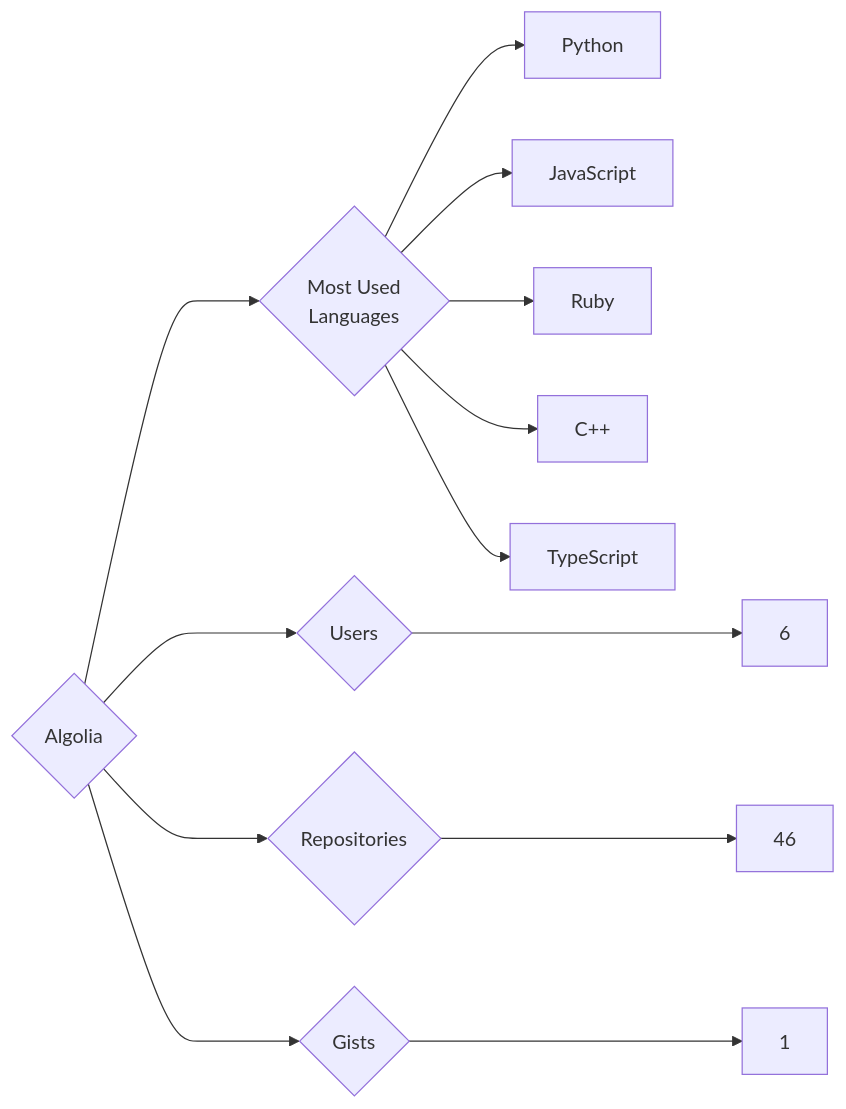
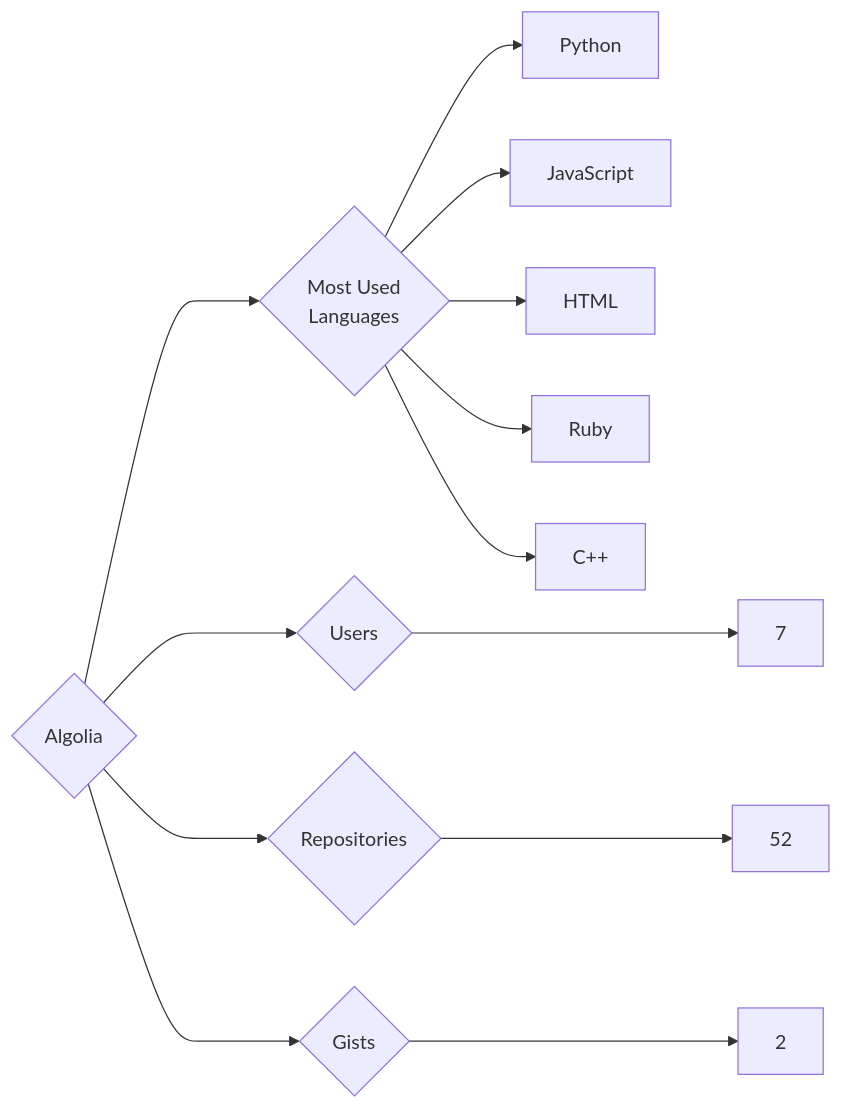
One commit to trickest/insiders changed the diagram in targets/Algolia/README.md. Above: the diagram before and after it, drawn with Mermaid. The commit also changed 942 other files, not shown here.

````diff
--- a/targets/Algolia/README.md
+++ b/targets/Algolia/README.md
@@ -3,13 +3,13 @@
 ```mermaid
 graph LR
 COMPANY_NAME{Algolia}
-COMPANY_NAME ---> U{Users} ---> UN[6]
-COMPANY_NAME ---> R{Repositories} ---> RN[46]
-COMPANY_NAME ---> G{Gists} ---> GN[1]
+COMPANY_NAME ---> U{Users} ---> UN[7]
+COMPANY_NAME ---> R{Repositories} ---> RN[52]
+COMPANY_NAME ---> G{Gists} ---> GN[2]
 COMPANY_NAME ---> ML{Most Used<br>Languages}
 ML --> Python[Python]
 ML --> JavaScript[JavaScript]
+ML --> HTML[HTML]
 ML --> Ruby[Ruby]
 ML --> C++[C++]
-ML --> TypeScript[TypeScript]
 ```
````
